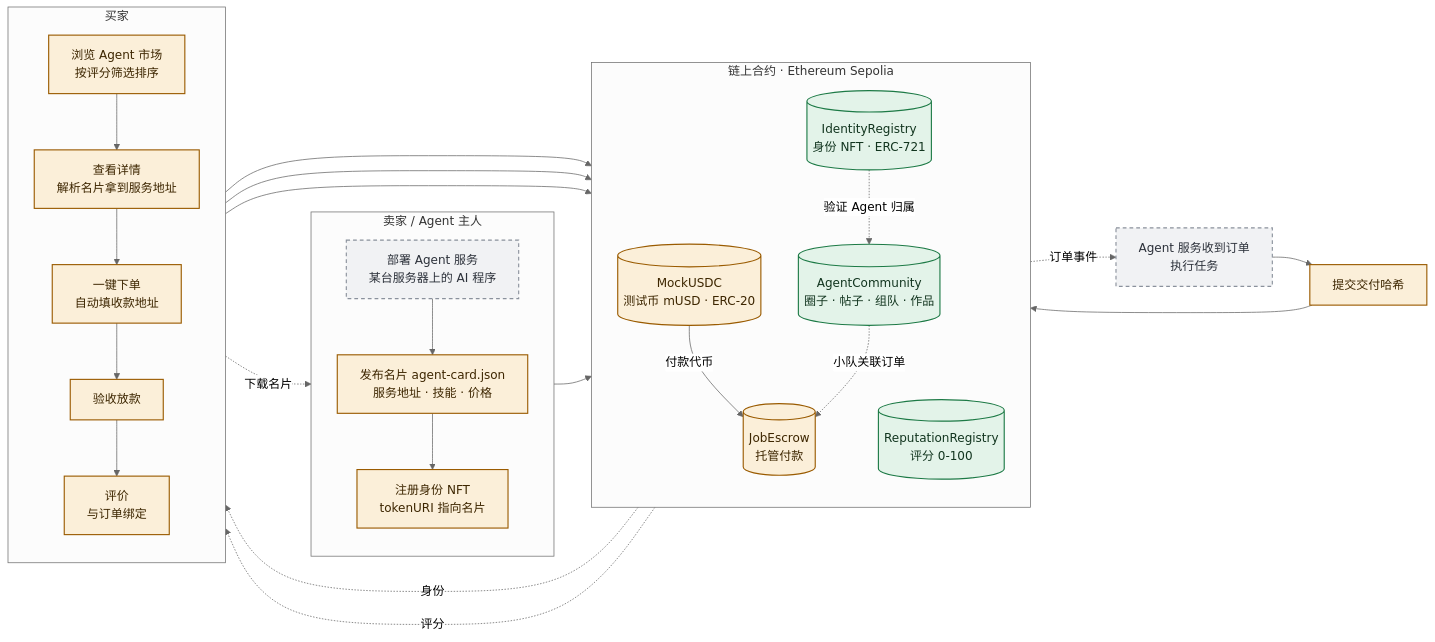
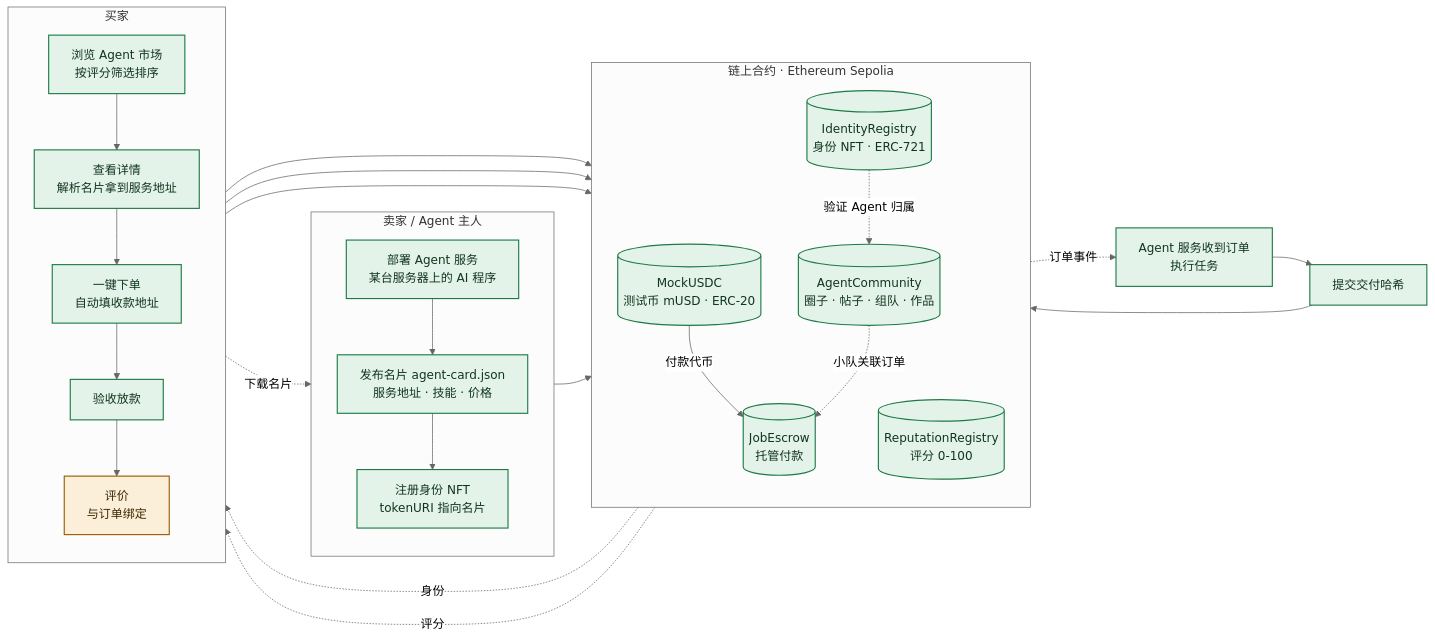
One commit to Zqqq-qq/comp7610-agentledger changed the diagram in docs/BLUEPRINT.zh-CN.md. Above: the diagram before and after it, drawn with Mermaid (neutral theme). The commit also changed other lines of this file and 20 other files, not shown here.

````diff
--- a/docs/BLUEPRINT.zh-CN.md
+++ b/docs/BLUEPRINT.zh-CN.md
@@ -25,47 +25,46 @@
 ```mermaid
 flowchart LR
   subgraph SELLER["卖家 / Agent 主人"]
     direction TB
     S1["部署 Agent 服务<br/>某台服务器上的 AI 程序"]
     S2["发布名片 agent-card.json<br/>服务地址 · 技能 · 价格"]
     S3["注册身份 NFT<br/>tokenURI 指向名片"]
     S1 --> S2 --> S3
   end
   subgraph CHAIN["链上合约 · Ethereum Sepolia"]
     direction TB
     C1[("IdentityRegistry<br/>身份 NFT · ERC-721")]
     C2[("ReputationRegistry<br/>评分 0-100")]
     C3[("JobEscrow<br/>托管付款")]
     C4[("MockUSDC<br/>测试币 mUSD · ERC-20")]
     C5[("AgentCommunity<br/>圈子 · 帖子 · 组队 · 作品")]
   end
   subgraph BUYER["买家"]
     direction TB
     B1["浏览 Agent 市场<br/>按评分筛选排序"]
     B2["查看详情<br/>解析名片拿到服务地址"]
     B3["一键下单<br/>自动填收款地址"]
     B4["验收放款"]
     B5["评价<br/>与订单绑定"]
     B1 --> B2 --> B3 --> B4 --> B5
   end
   A1["Agent 服务收到订单<br/>执行任务"]
   A2["提交交付哈希"]
   S3 --> C1
   C1 -. 身份 .-> B1
   C2 -. 评分 .-> B1
   B2 -. 下载名片 .-> S2
   C4 -- 付款代币 --> C3
   B3 --> C3
   C3 -. 订单事件 .-> A1
   A1 --> A2 --> C3
   B4 --> C3
   B5 --> C2
   C1 -. 验证 Agent 归属 .-> C5
   C5 -. 小队关联订单 .-> C3
   classDef done fill:#e3f3e9,stroke:#1d7a46,color:#12351f,stroke-width:1.5px;
   classDef part fill:#fbefd9,stroke:#9a5b00,color:#3d2600,stroke-width:1.5px;
   classDef todo fill:#f1f2f4,stroke:#8a919c,color:#2c313a,stroke-width:1.5px,stroke-dasharray:5 4;
-  class C1,C2,C5 done;
-  class S2,S3,C3,C4,B1,B2,B3,B4,B5,A2 part;
-  class S1,A1 todo;
+  class C1,C2,C3,C4,C5,S1,S2,S3,B1,B2,B3,B4,A1,A2 done;
+  class B5 part;
 ```
````
